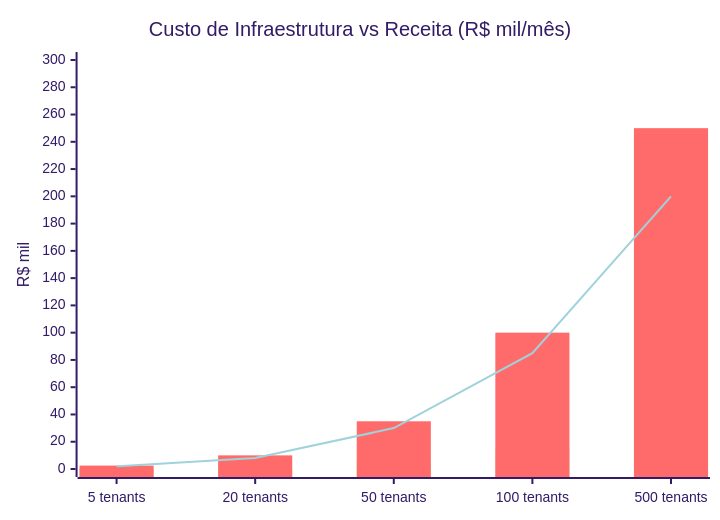
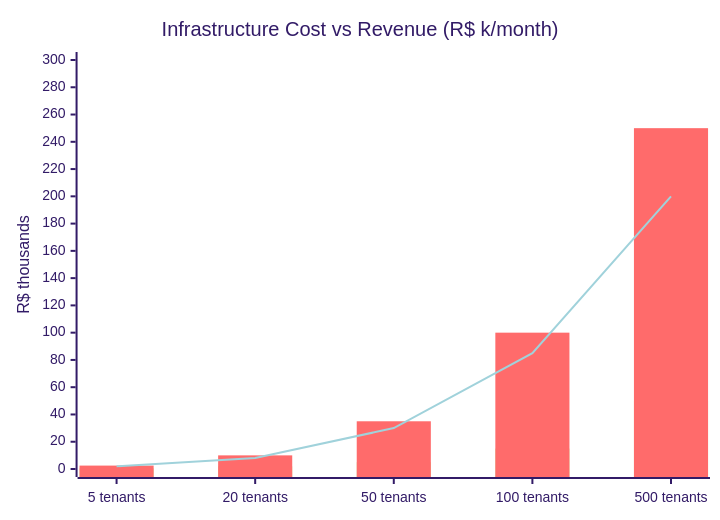
Diagram 13 of 13 in docs/SCALING.md (RenanLisboa8/n8n-clinic-multiagent), drawn with Mermaid (forest theme) before and after one commit. The commit also changed other lines of this file and 4 other files, not shown here.

First line of the commit message:
Update documentation and diagrams for improved clarity and accessibility

````diff
--- a/docs/SCALING.md
+++ b/docs/SCALING.md
@@ -740,9 +744,9 @@
 ```mermaid
 xychart-beta
-    title "Custo de Infraestrutura vs Receita (R$ mil/mês)"
+    title "Infrastructure Cost vs Revenue (R$ k/month)"
     x-axis ["5 tenants", "20 tenants", "50 tenants", "100 tenants", "500 tenants"]
-    y-axis "R$ mil" 0 --> 300
-    bar "Custo Infra" [0.5, 2, 5, 15, 50]
-    bar "Receita" [2.5, 10, 35, 100, 250]
-    line "Margem" [2, 8, 30, 85, 200]
+    y-axis "R$ thousands" 0 --> 300
+    bar "Infra Cost" [0.5, 2, 5, 15, 50]
+    bar "Revenue" [2.5, 10, 35, 100, 250]
+    line "Margin" [2, 8, 30, 85, 200]
 ```
````
